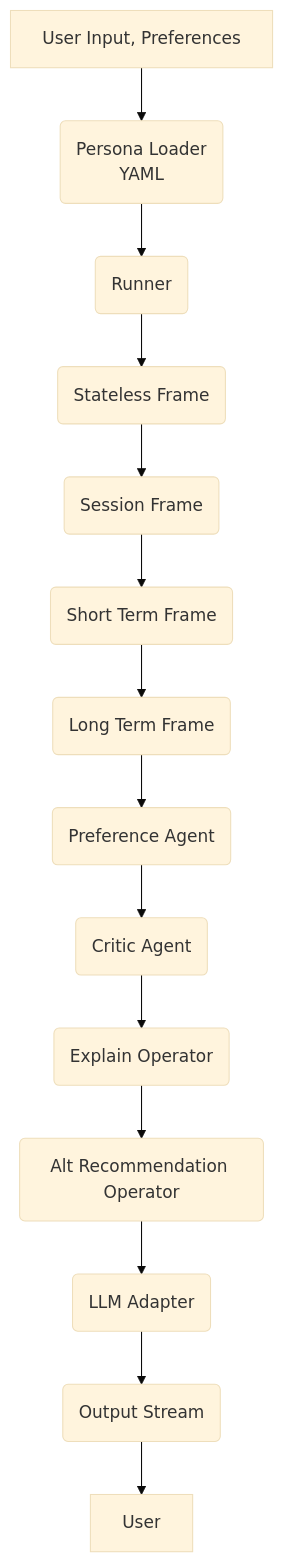
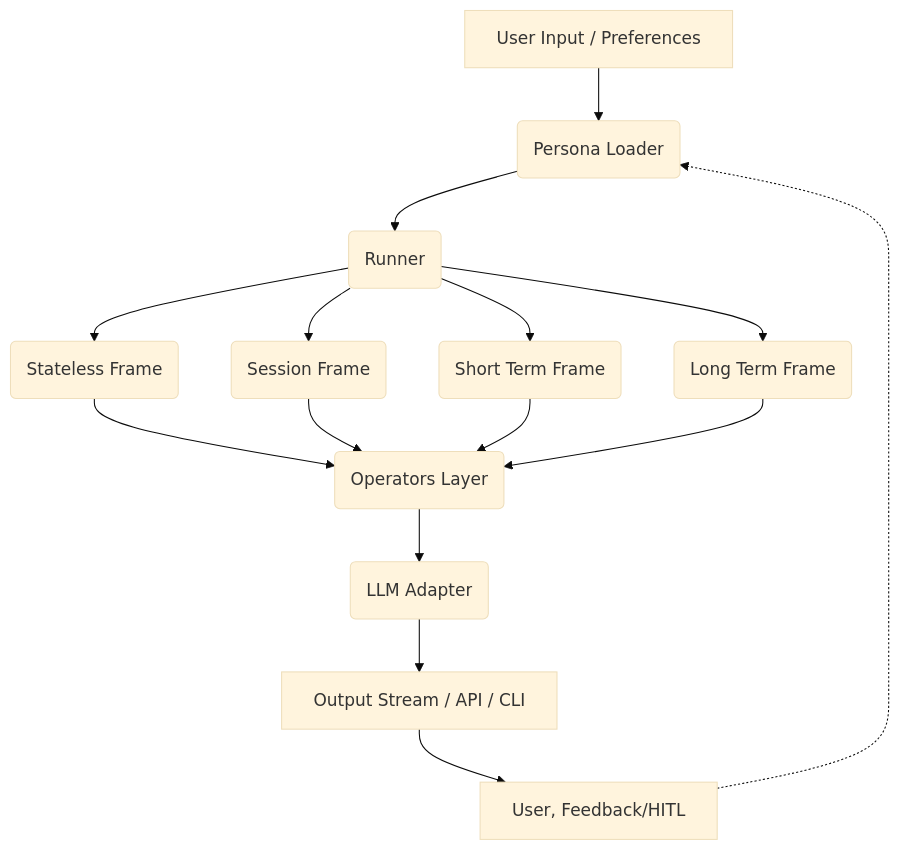
One commit to vedanta/rasa changed the first of 2 diagrams in PERSONA_DESIGN.md. Above: the diagram before and after it, drawn with Mermaid (base theme). The commit also changed other lines of this file, not shown here.

````diff
--- a/PERSONA_DESIGN.md
+++ b/PERSONA_DESIGN.md
@@ -41,16 +43,17 @@
 ```mermaid
 flowchart TD
-    A[User Input, Preferences] --> B(Persona Loader<br>YAML)
+    A[User Input / Preferences] --> B(Persona Loader)
     B --> C(Runner)
     C --> D1(Stateless Frame)
-    D1 --> D2(Session Frame)
-    D2 --> D3(Short Term Frame)
-    D3 --> D4(Long Term Frame)
-    D4 --> E1(Preference Agent)
-    E1 --> E2(Critic Agent)
-    E2 --> E3(Explain Operator)
-    E3 --> E4(Alt Recommendation Operator)
-    E4 --> F(LLM Adapter)
-    F --> G(Output Stream)
-    G --> H[User]
+    C --> D2(Session Frame)
+    C --> D3(Short Term Frame)
+    C --> D4(Long Term Frame)
+    D1 --> E
+    D2 --> E
+    D3 --> E
+    D4 --> E
+    E(Operators Layer) --> F(LLM Adapter)
+    F --> G[Output Stream / API / CLI]
+    G --> H[User, Feedback/HITL]
+    H -.-> B
 ```
````
